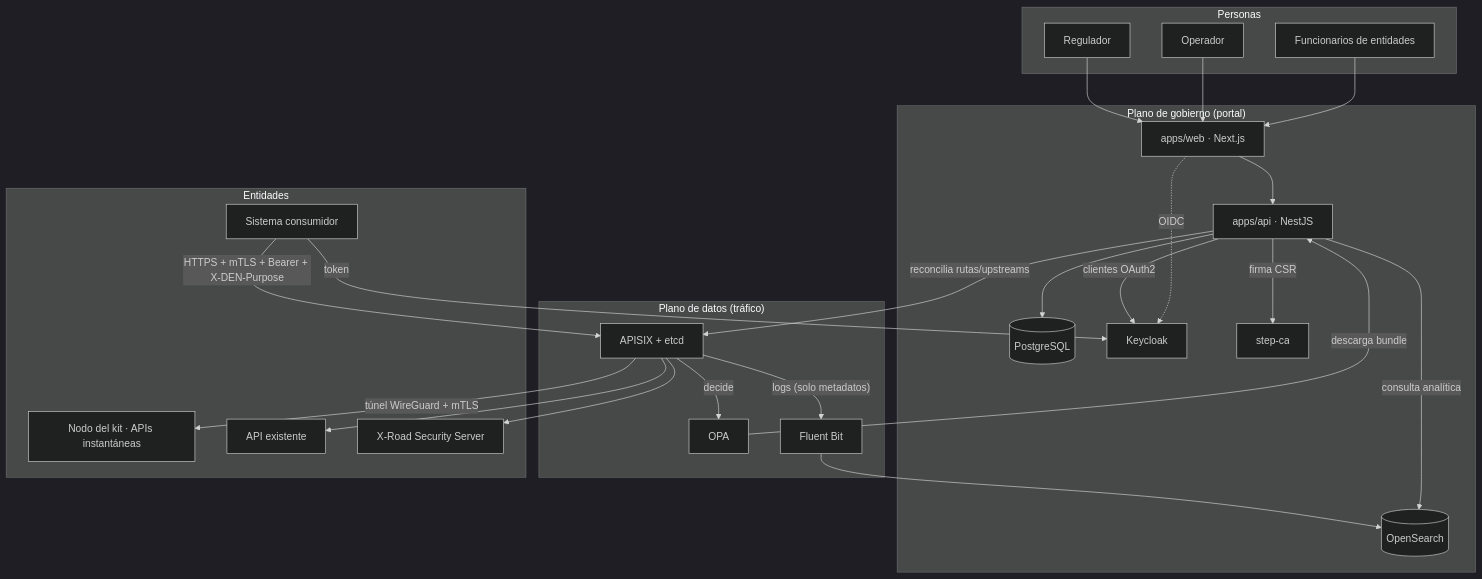
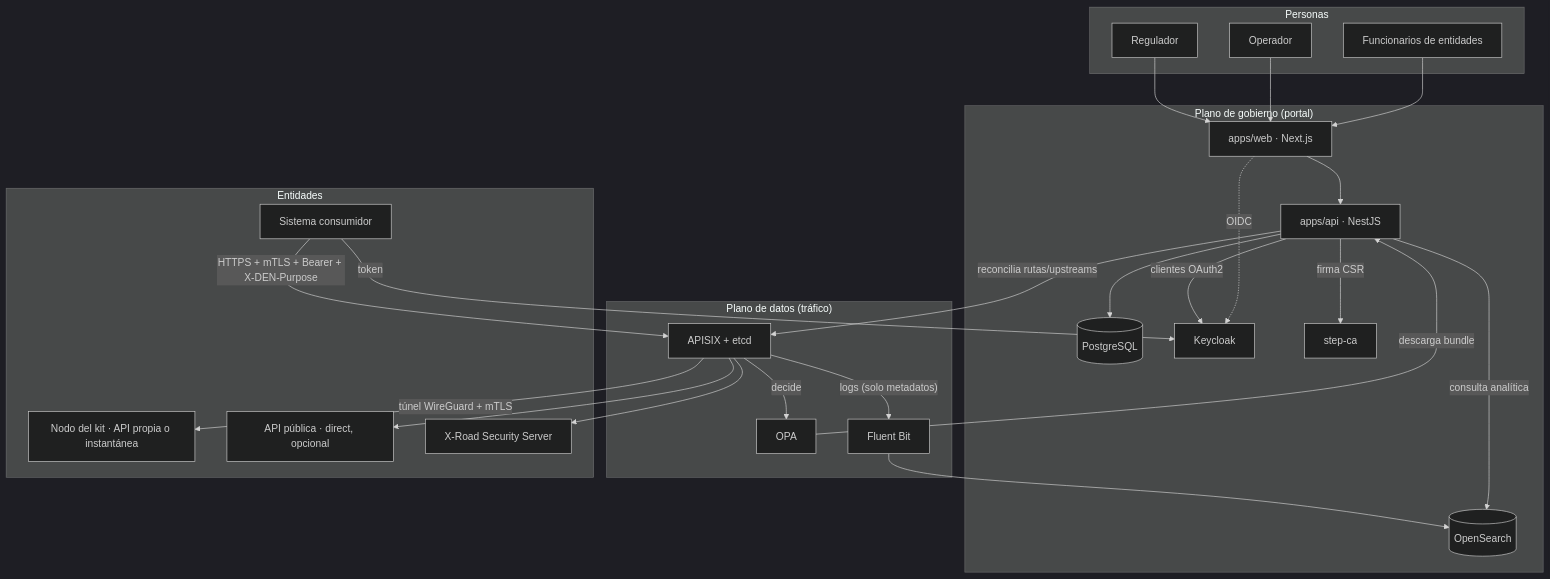
Before and after one commit to centre-for-dpi/data-exchange-admin-portal: the first of 2 diagrams in docs/es/ARCHITECTURE.md, drawn with Mermaid (dark theme). The commit also changed other lines of this file and 43 other files, not shown here.

````diff
--- a/docs/es/ARCHITECTURE.md
+++ b/docs/es/ARCHITECTURE.md
@@ -9,41 +9,41 @@
 ```mermaid
 flowchart TB
   subgraph Personas
     U1[Funcionarios de entidades]
     U2[Operador]
     U3[Regulador]
   end
   subgraph Plano_de_gobierno["Plano de gobierno (portal)"]
     WEB[apps/web · Next.js]
     API[apps/api · NestJS]
     PG[(PostgreSQL)]
     KC[Keycloak]
     CA[step-ca]
     OS[(OpenSearch)]
   end
   subgraph Plano_de_datos["Plano de datos (tráfico)"]
     GW[APISIX + etcd]
     OPA[OPA]
     FB[Fluent Bit]
   end
   subgraph Entidades
     C[Sistema consumidor]
-    N1[Nodo del kit · APIs instantáneas]
-    D1[API existente]
+    N1[Nodo del kit · API propia o instantánea]
+    D1[API pública · direct, opcional]
     XR[X-Road Security Server]
   end
   U1 & U2 & U3 --> WEB --> API --> PG
   WEB -. OIDC .-> KC
   API -- reconcilia rutas/upstreams --> GW
   API -- clientes OAuth2 --> KC
   API -- firma CSR --> CA
   OPA -- descarga bundle --> API
   API -- consulta analítica --> OS
   C -- token --> KC
   C -- "HTTPS + mTLS + Bearer + X-DEN-Purpose" --> GW
   GW -- decide --> OPA
   GW -- túnel WireGuard + mTLS --> N1
   GW --> D1
   GW --> XR
   GW -- logs (solo metadatos) --> FB --> OS
 ```
````
